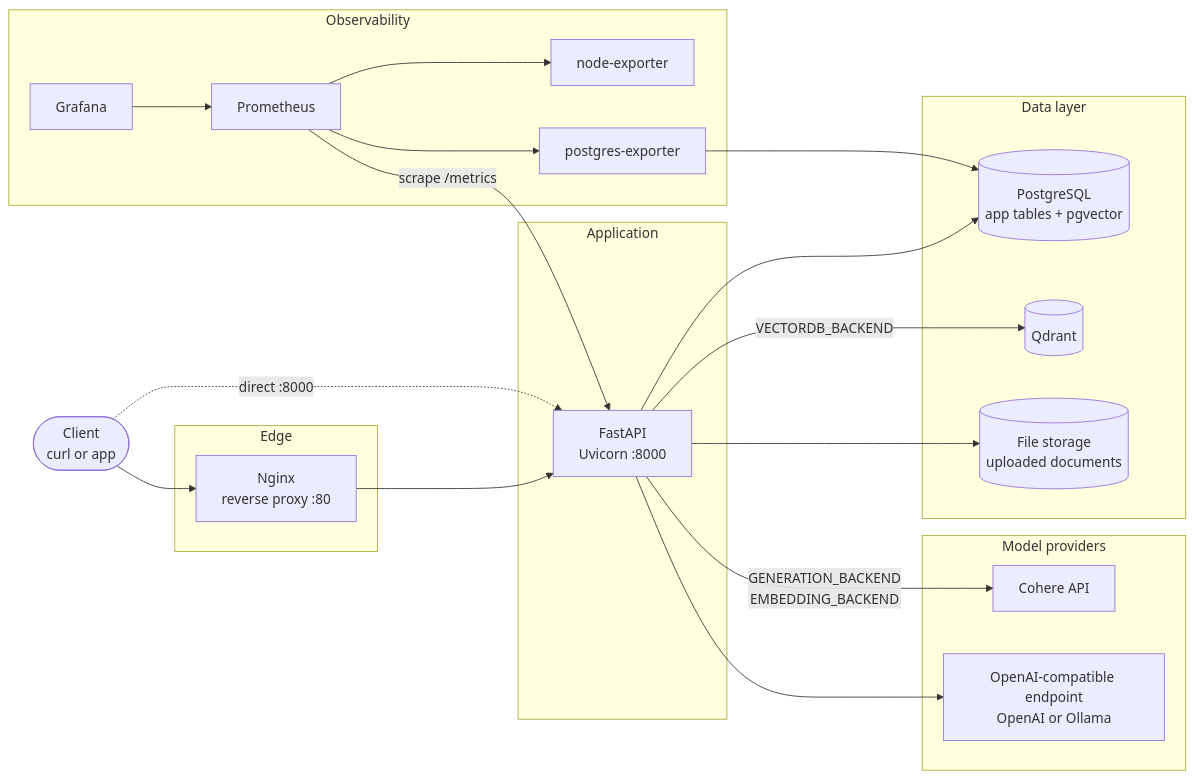
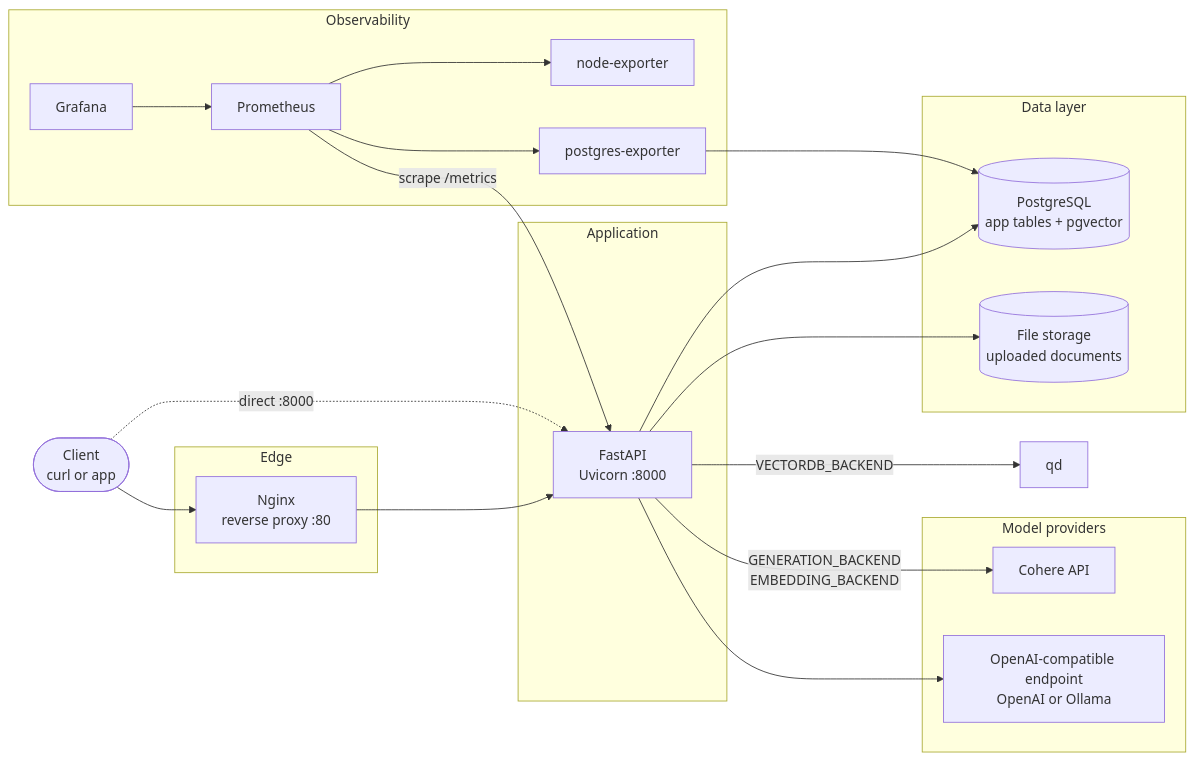
One commit to ElsebaiyMohamed/MiniRag_26 changed the first of 6 diagrams in README.md. Above: the diagram before and after it, drawn with Mermaid. The commit also changed other lines of this file and 8 other files, not shown here.

````diff
--- a/README.md
+++ b/README.md
@@ -43,43 +43,42 @@
 ```mermaid
 flowchart LR
     client(["Client<br/>curl or app"])
 
     subgraph edge["Edge"]
         nginx["Nginx<br/>reverse proxy :80"]
     end
 
     subgraph app["Application"]
         api["FastAPI<br/>Uvicorn :8000"]
     end
 
     subgraph data["Data layer"]
         pg[("PostgreSQL<br/>app tables + pgvector")]
-        qd[("Qdrant")]
         files[("File storage<br/>uploaded documents")]
     end
 
     subgraph ai["Model providers"]
         cohere["Cohere API"]
         oai["OpenAI-compatible endpoint<br/>OpenAI or Ollama"]
     end
 
     subgraph obs["Observability"]
         prom["Prometheus"]
         graf["Grafana"]
         nodex["node-exporter"]
         pgx["postgres-exporter"]
     end
 
     client --> nginx --> api
     client -. "direct :8000" .-> api
     api --> pg
     api -->|"VECTORDB_BACKEND"| qd
     api --> files
     api -->|"GENERATION_BACKEND<br/>EMBEDDING_BACKEND"| cohere
     api --> oai
     prom -->|"scrape /metrics"| api
     prom --> nodex
     prom --> pgx
     pgx --> pg
     graf --> prom
 ```
````
